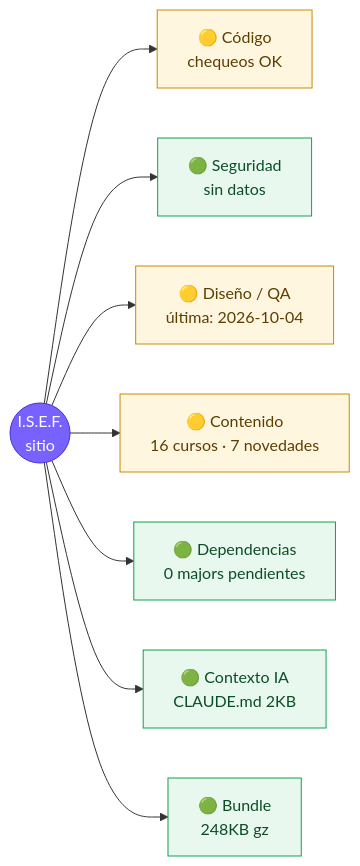
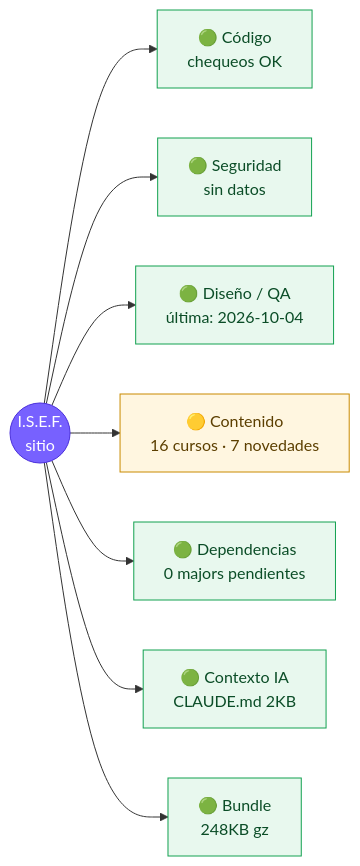
One commit to valedominguezl/isef-main changed the diagram in docs/MAPA.md. Above: the diagram before and after it, drawn with Mermaid. The commit also changed other lines of this file and 1 other file, not shown here.

````diff
--- a/docs/MAPA.md
+++ b/docs/MAPA.md
@@ -5,15 +5,15 @@
 ```mermaid
 flowchart LR
   ISEF((I.S.E.F.<br/>sitio)):::core
-  ISEF --> COD[🟡 Código<br/>chequeos OK]:::warn
+  ISEF --> COD[🟢 Código<br/>chequeos OK]:::ok
   ISEF --> SEG[🟢 Seguridad<br/>sin datos]:::ok
-  ISEF --> DIS[🟡 Diseño / QA<br/>última: 2026-10-04]:::warn
+  ISEF --> DIS[🟢 Diseño / QA<br/>última: 2026-10-04]:::ok
   ISEF --> CON[🟡 Contenido<br/>16 cursos · 7 novedades]:::warn
   ISEF --> DEP[🟢 Dependencias<br/>0 majors pendientes]:::ok
   ISEF --> TOK[🟢 Contexto IA<br/>CLAUDE.md 2KB]:::ok
   ISEF --> BUN[🟢 Bundle<br/>248KB gz]:::ok
   classDef ok fill:#e8f8ee,stroke:#12a150,color:#0b4d27
   classDef warn fill:#fff6e0,stroke:#c98a00,color:#5c3f00
   classDef bad fill:#ffe9e8,stroke:#d93636,color:#6b1111
   classDef core fill:#7761ff,stroke:#4a2fdb,color:#fff
 ```
````
